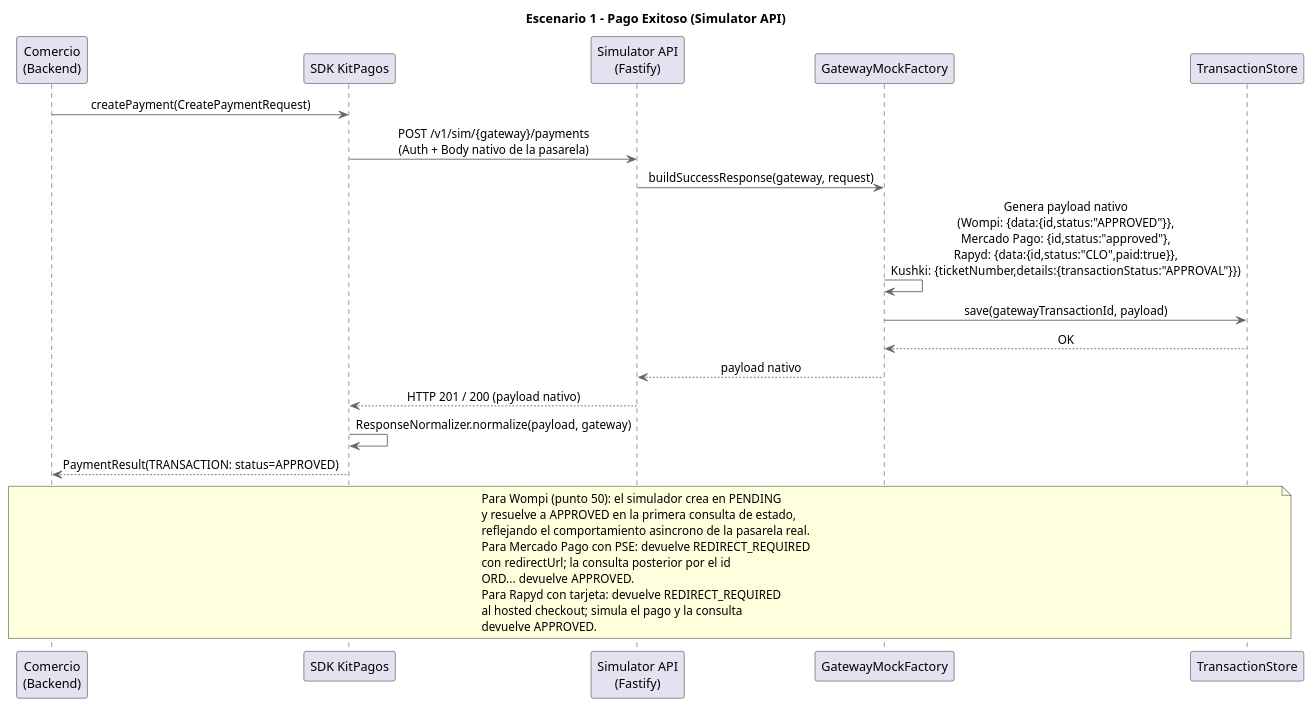
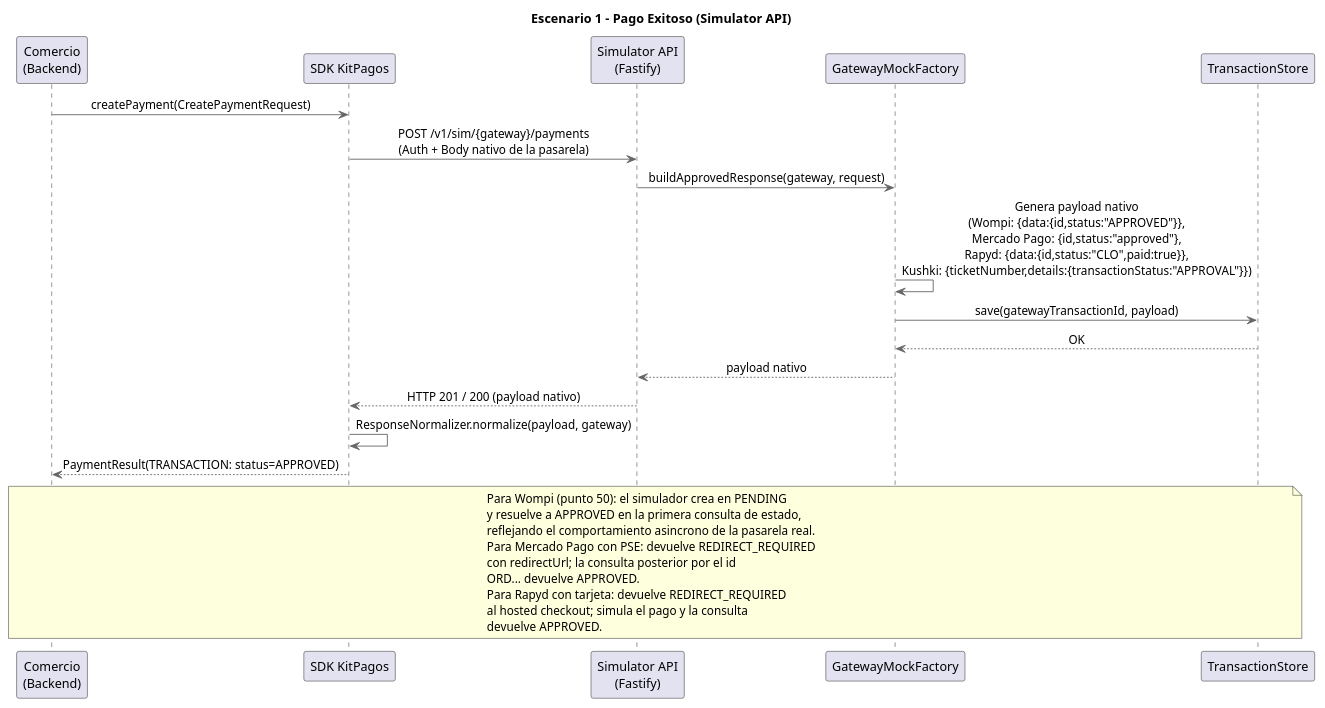
One commit to PurosBrothers/Kit-Pagos-Colombia---Tesis changed the diagram in docs/architecture/Simulador API/diagrams-source/sequence-successful-payment.puml. Above: the diagram before and after it, drawn with PlantUML. The commit also changed 10 other files, not shown here.

First line of the commit message:
docs(docs): update architecture diagrams and rendered images

```diff
--- a/docs/architecture/Simulador API/diagrams-source/sequence-successful-payment.puml
+++ b/docs/architecture/Simulador API/diagrams-source/sequence-successful-payment.puml
@@ -1,37 +1,37 @@
 @startuml Sequence Diagram - Successful Payment
 title Escenario 1 - Pago Exitoso (Simulator API)
 skinparam backgroundColor white
 skinparam sequenceMessageAlign center
 skinparam ArrowColor #666666
 skinparam LifeLineBorderColor #666666
 
 participant "Comercio\n(Backend)" as Comercio
 participant "SDK KitPagos" as SDK
 participant "Simulator API\n(Fastify)" as SimAPI
 participant "GatewayMockFactory" as MockFactory
 participant "TransactionStore" as Store
 
 Comercio -> SDK : createPayment(CreatePaymentRequest)
 SDK -> SimAPI : POST /v1/sim/{gateway}/payments\n(Auth + Body nativo de la pasarela)
-SimAPI -> MockFactory : buildSuccessResponse(gateway, request)
+SimAPI -> MockFactory : buildApprovedResponse(gateway, request)
 MockFactory -> MockFactory : Genera payload nativo\n(Wompi: {data:{id,status:"APPROVED"}},\nMercado Pago: {id,status:"approved"},\nRapyd: {data:{id,status:"CLO",paid:true}},\nKushki: {ticketNumber,details:{transactionStatus:"APPROVAL"}})
 MockFactory -> Store : save(gatewayTransactionId, payload)
 Store --> MockFactory : OK
 MockFactory --> SimAPI : payload nativo
 SimAPI --> SDK : HTTP 201 / 200 (payload nativo)
 SDK -> SDK : ResponseNormalizer.normalize(payload, gateway)
 SDK --> Comercio : PaymentResult(TRANSACTION: status=APPROVED)
 
 note over Comercio, Store
   Para Wompi (punto 50): el simulador crea en PENDING
   y resuelve a APPROVED en la primera consulta de estado,
   reflejando el comportamiento asincrono de la pasarela real.
   Para Mercado Pago con PSE: devuelve REDIRECT_REQUIRED
   con redirectUrl; la consulta posterior por el id
   ORD... devuelve APPROVED.
   Para Rapyd con tarjeta: devuelve REDIRECT_REQUIRED
   al hosted checkout; simula el pago y la consulta
   devuelve APPROVED.
 end note
 
 @enduml
```
